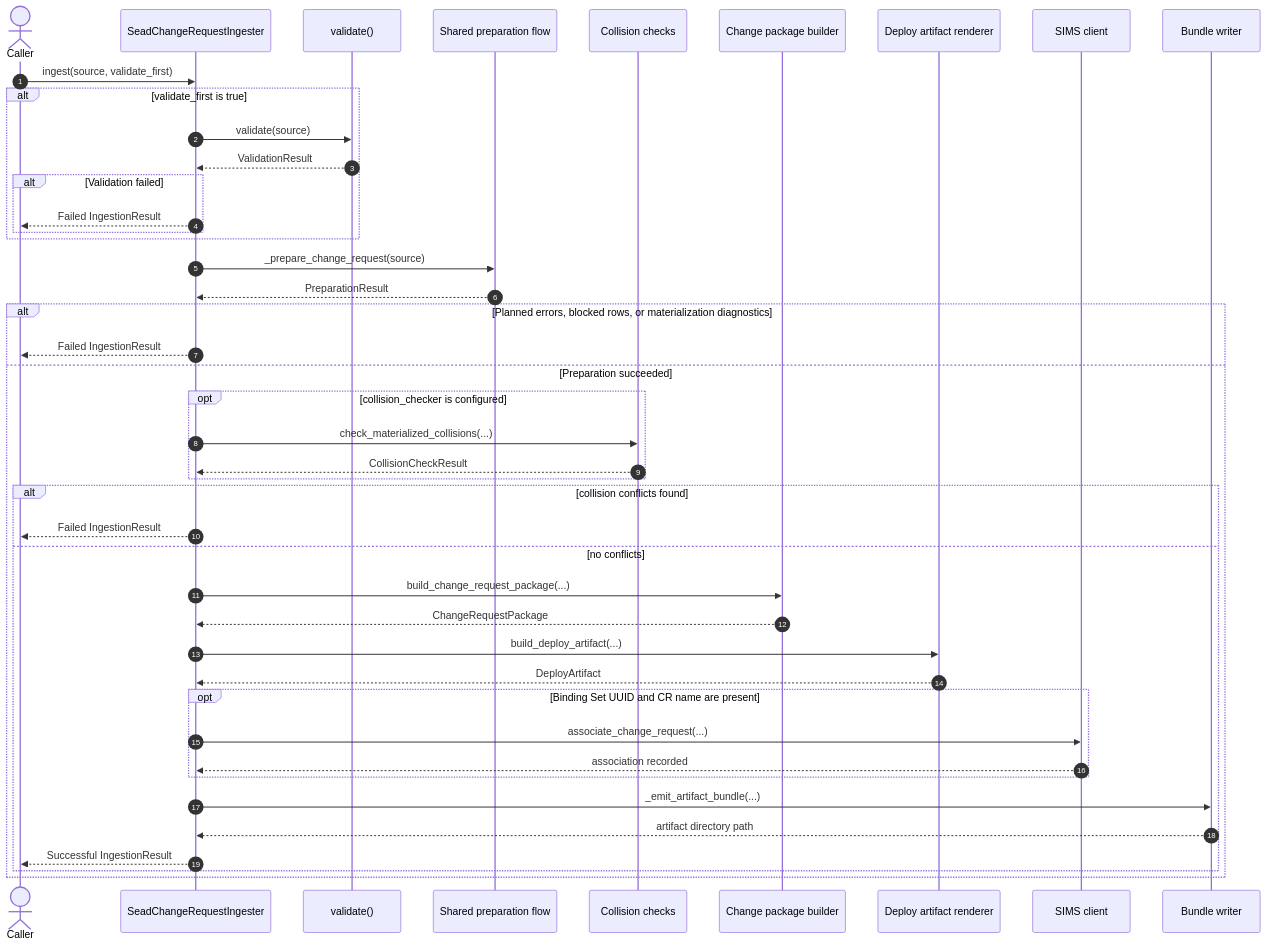
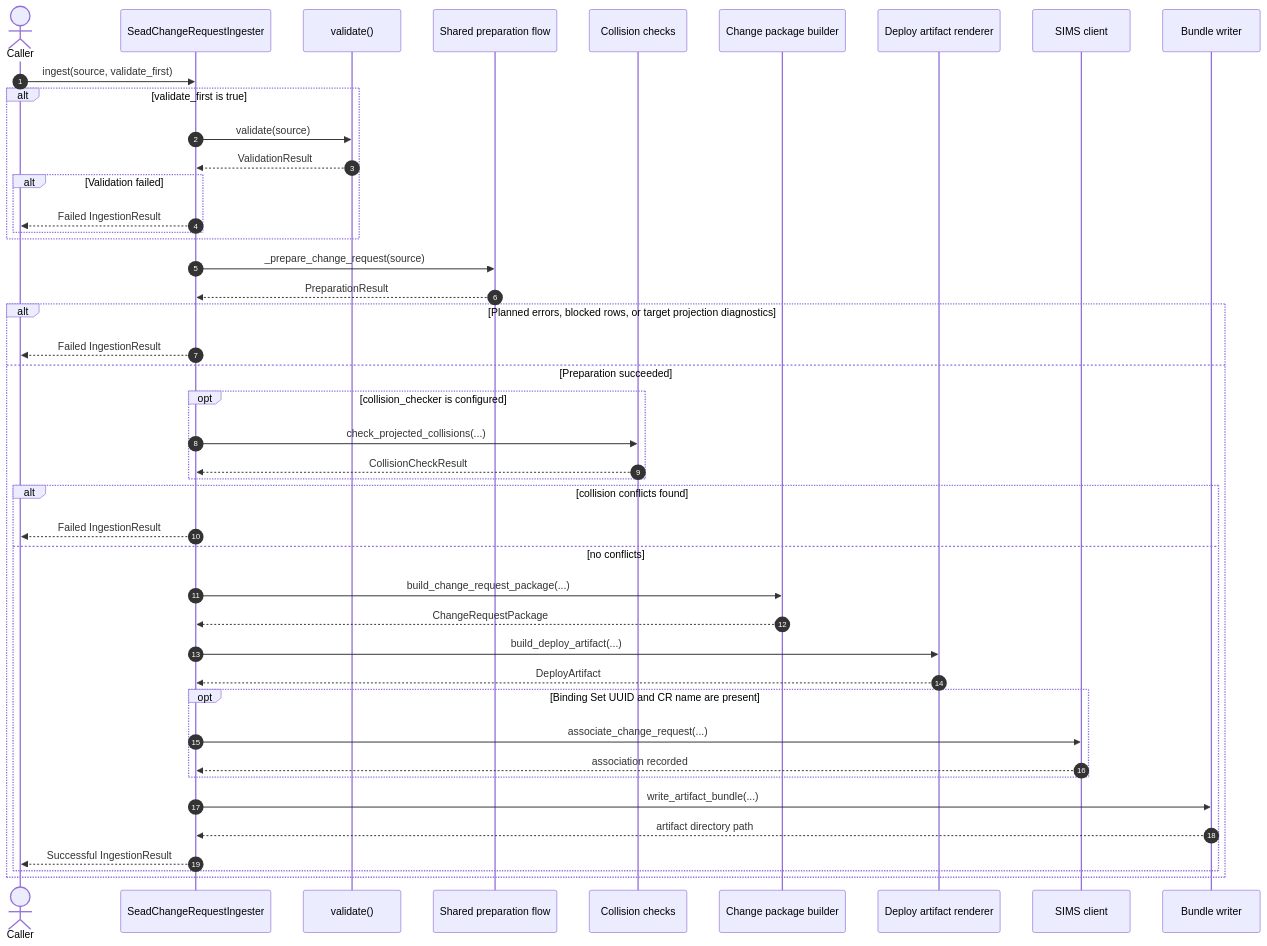
Before and after one commit to humlab-sead/sead_shape_shifter: the third of 3 diagrams in ingesters/sead_change_request/DIAGRAMS.md, drawn with Mermaid. The commit also changed other lines of this file and 17 other files, not shown here.

First line of the commit message:
refactor(ingesters): rename target projection step

````diff
--- a/ingesters/sead_change_request/DIAGRAMS.md
+++ b/ingesters/sead_change_request/DIAGRAMS.md
@@ -82,53 +82,53 @@
 ```mermaid
 sequenceDiagram
     autonumber
     actor Caller
     participant Ingester as SeadChangeRequestIngester
     participant Validate as validate()
     participant Prep as Shared preparation flow
     participant Collisions as Collision checks
     participant Package as Change package builder
     participant Render as Deploy artifact renderer
     participant SIMS as SIMS client
     participant Files as Bundle writer
 
     Caller->>Ingester: ingest(source, validate_first)
 
     alt validate_first is true
         Ingester->>Validate: validate(source)
         Validate-->>Ingester: ValidationResult
         alt Validation failed
             Ingester-->>Caller: Failed IngestionResult
         end
     end
 
     Ingester->>Prep: _prepare_change_request(source)
     Prep-->>Ingester: PreparationResult
 
-    alt Planned errors, blocked rows, or materialization diagnostics
+    alt Planned errors, blocked rows, or target projection diagnostics
         Ingester-->>Caller: Failed IngestionResult
     else Preparation succeeded
         opt collision_checker is configured
-            Ingester->>Collisions: check_materialized_collisions(...)
+            Ingester->>Collisions: check_projected_collisions(...)
             Collisions-->>Ingester: CollisionCheckResult
         end
 
         alt collision conflicts found
             Ingester-->>Caller: Failed IngestionResult
         else no conflicts
             Ingester->>Package: build_change_request_package(...)
             Package-->>Ingester: ChangeRequestPackage
             Ingester->>Render: build_deploy_artifact(...)
             Render-->>Ingester: DeployArtifact
 
             opt Binding Set UUID and CR name are present
                 Ingester->>SIMS: associate_change_request(...)
                 SIMS-->>Ingester: association recorded
             end
 
-            Ingester->>Files: _emit_artifact_bundle(...)
+            Ingester->>Files: write_artifact_bundle(...)
             Files-->>Ingester: artifact directory path
             Ingester-->>Caller: Successful IngestionResult
         end
     end
 ```
````
